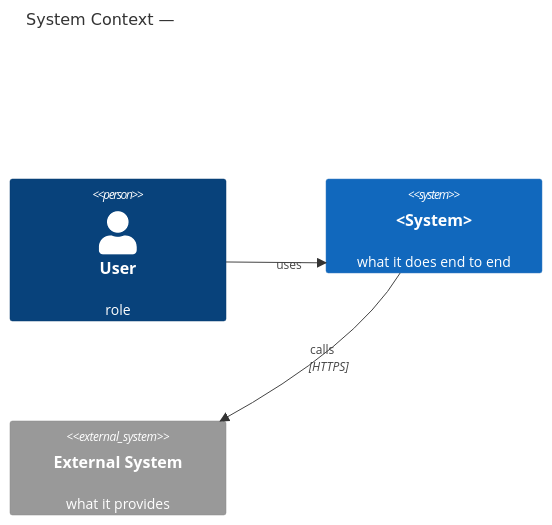
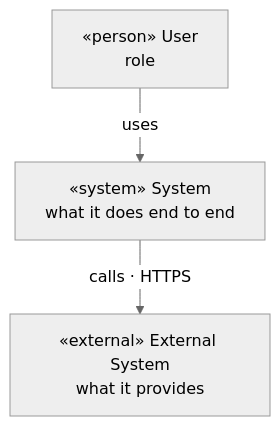
Before and after one commit to ccosming/skills: the first of 11 diagrams in references/diagrams.md, drawn with Mermaid. The commit also changed other lines of this file and 5 other files, not shown here.

First line of the commit message:
refactor(diagrams): render every view as a monochrome neutral flowchart

````diff
--- a/references/diagrams.md
+++ b/references/diagrams.md
@@ -35,9 +48,9 @@
 ```mermaid
-C4Context
-  title System Context — <system>
-  Person(user, "User", "role")
-  System(sys, "<System>", "what it does end to end")
-  System_Ext(ext, "External System", "what it provides")
-  Rel(user, sys, "uses")
-  Rel(sys, ext, "calls", "HTTPS")
+%%{init: {'theme':'neutral'}}%%
+flowchart TD
+  user["«person» User<br/>role"]
+  sys["«system» System<br/>what it does end to end"]
+  ext["«external» External System<br/>what it provides"]
+  user -->|uses| sys
+  sys -->|"calls · HTTPS"| ext
 ```
````
